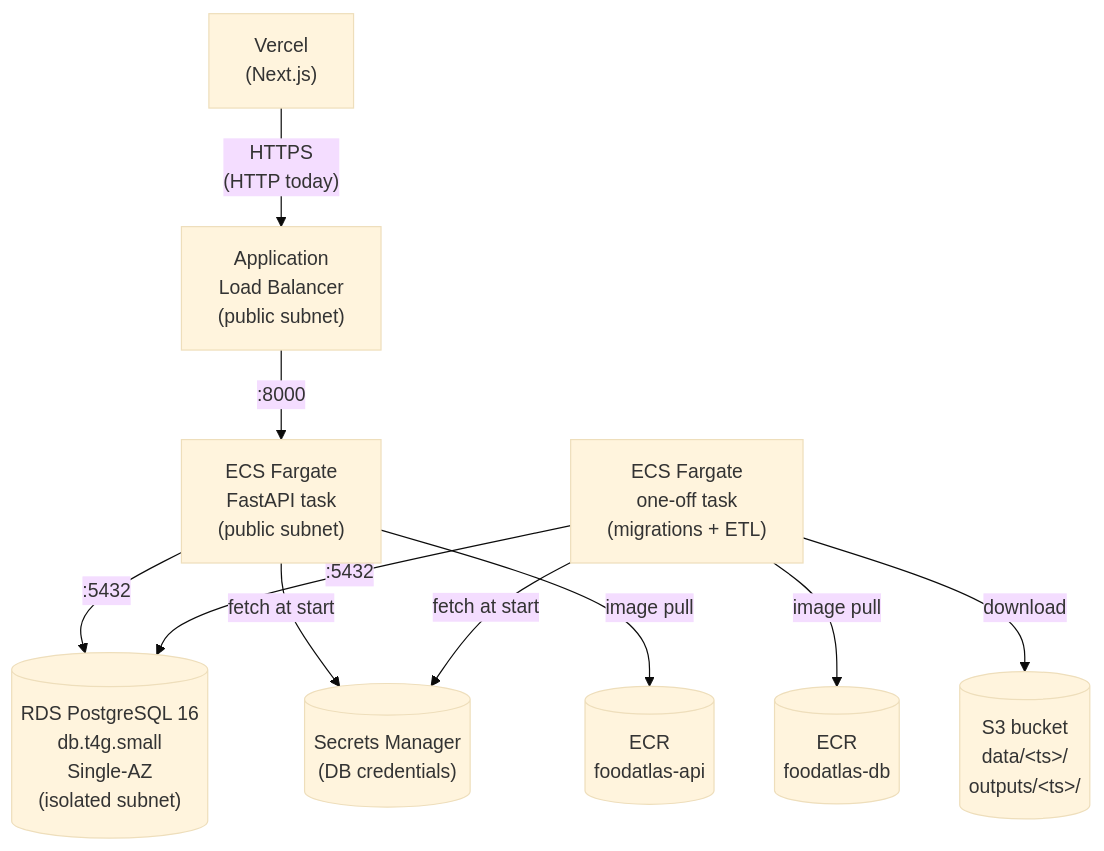
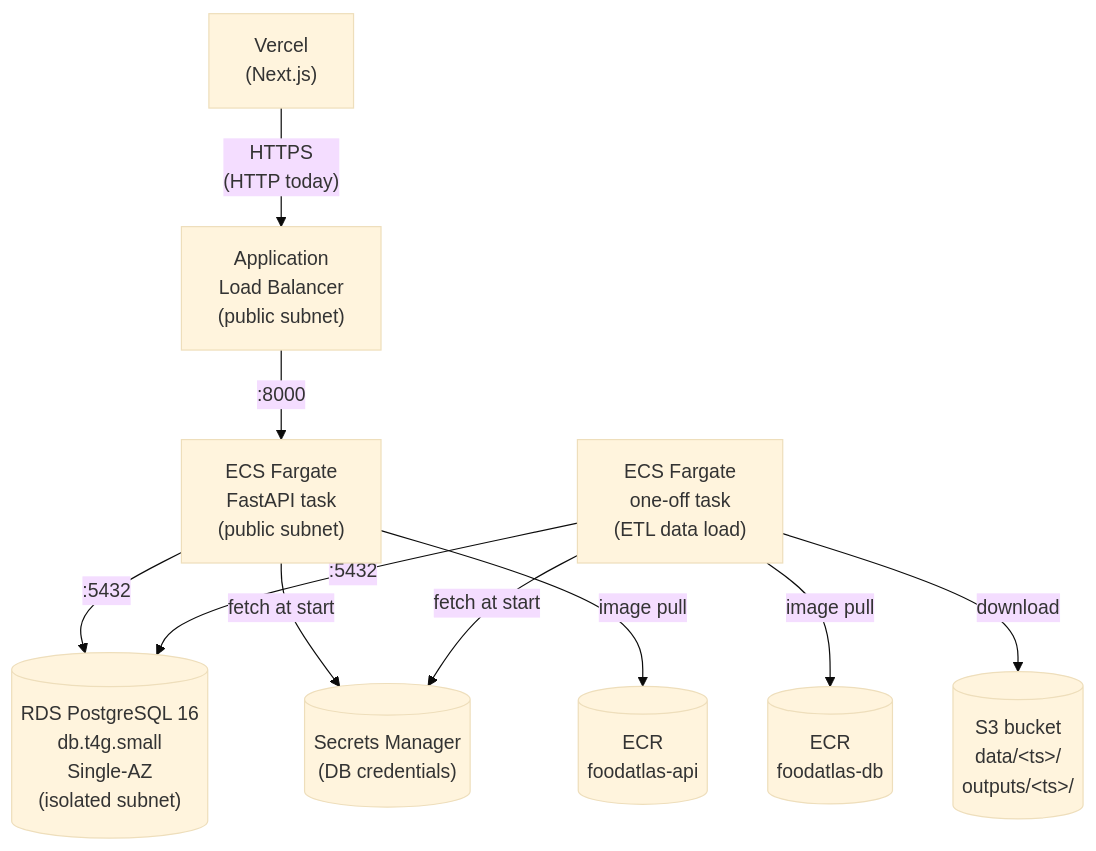
The second of 3 diagrams in infra/README.md (AI-Institute-Food-Systems/foodatlas), drawn with Mermaid (base theme) before and after one commit. The commit also changed other lines of this file and 41 other files, not shown here.

````diff
--- a/infra/README.md
+++ b/infra/README.md
@@ -83,22 +82,22 @@
 ```mermaid
 flowchart TB
     vercel["Vercel<br/>(Next.js)"]
     alb["Application<br/>Load Balancer<br/>(public subnet)"]
     api["ECS Fargate<br/>FastAPI task<br/>(public subnet)"]
     rds[("RDS PostgreSQL 16<br/>db.t4g.small<br/>Single-AZ<br/>(isolated subnet)")]
     secrets[("Secrets Manager<br/>(DB credentials)")]
     s3[("S3 bucket<br/>data/&lt;ts&gt;/<br/>outputs/&lt;ts&gt;/")]
-    jobs["ECS Fargate<br/>one-off task<br/>(migrations + ETL)"]
+    jobs["ECS Fargate<br/>one-off task<br/>(ETL data load)"]
     ecr_api[("ECR<br/>foodatlas-api")]
     ecr_db[("ECR<br/>foodatlas-db")]
 
     vercel -->|"HTTPS<br/>(HTTP today)"| alb
     alb -->|":8000"| api
     api -->|":5432"| rds
     api -->|"fetch at start"| secrets
     api -->|"image pull"| ecr_api
     jobs -->|":5432"| rds
     jobs -->|"fetch at start"| secrets
     jobs -->|"image pull"| ecr_db
     jobs -->|"download"| s3
 ```
````
